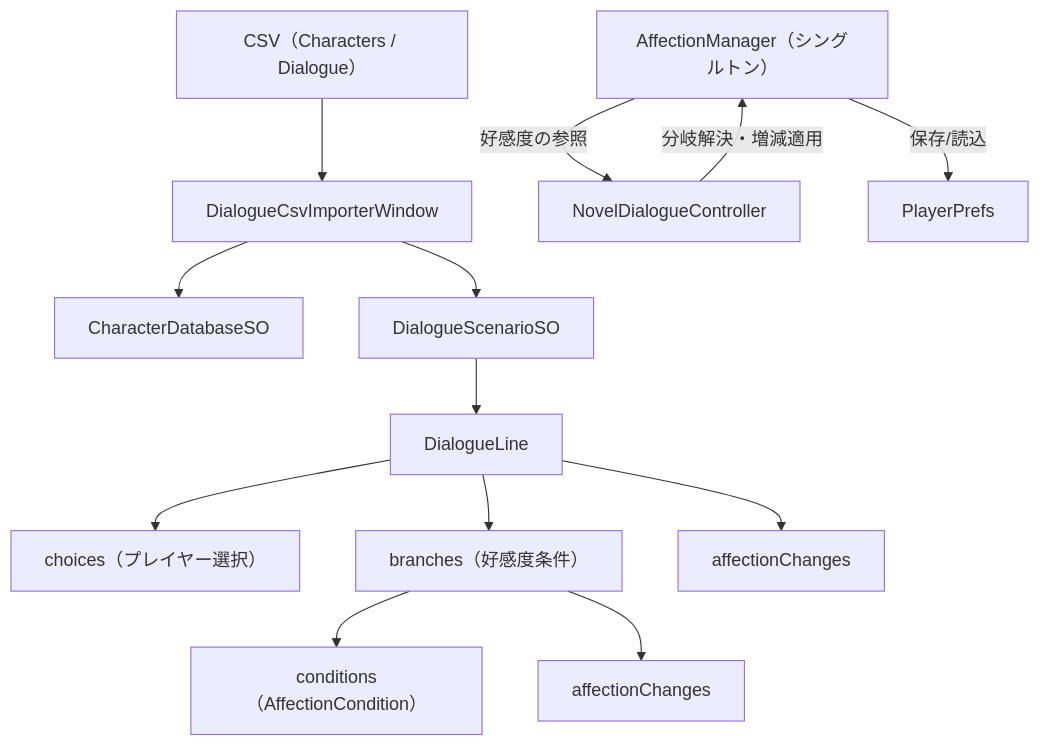
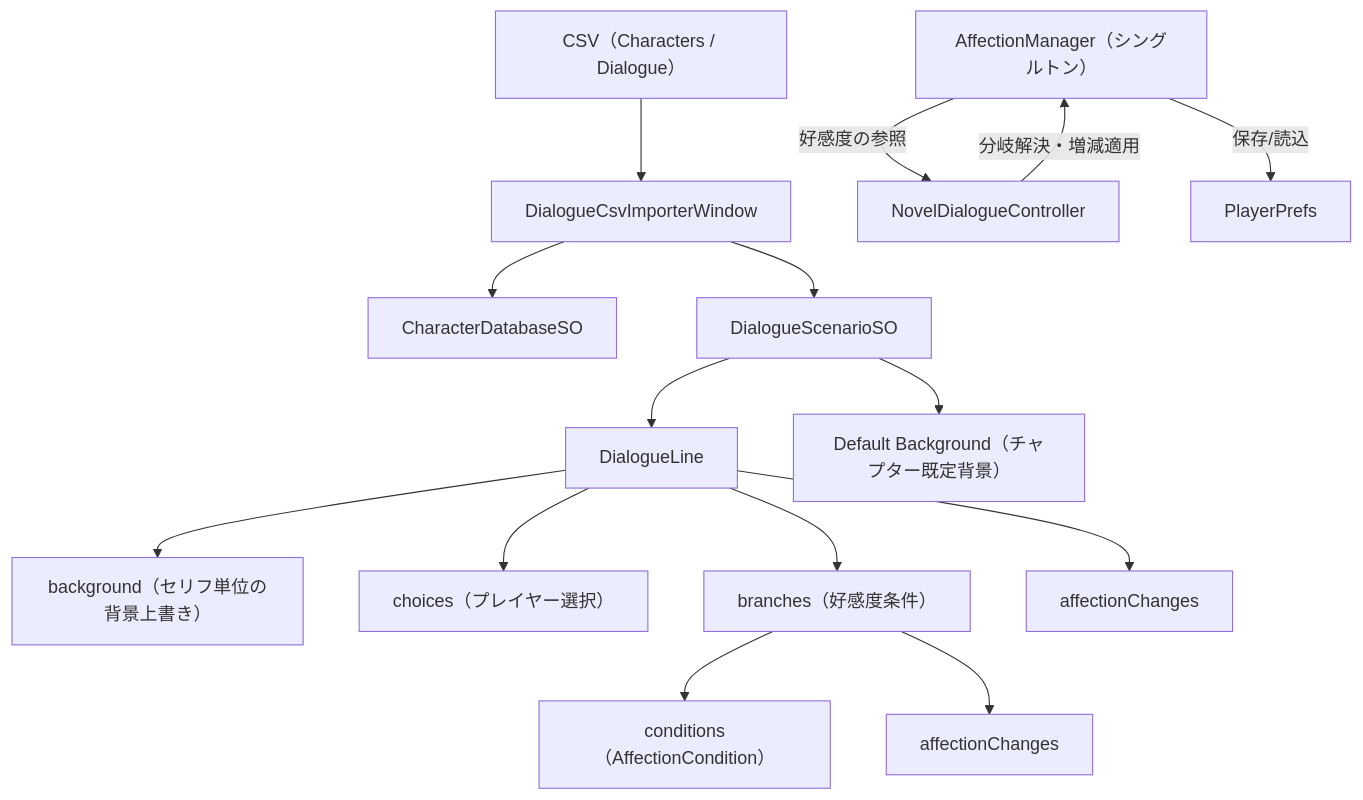
The diagram in Docs/AffectionSystem.md (takugen31/SousakuTeam8), drawn with Mermaid before and after one commit. The commit also changed other lines of this file and 3 other files, not shown here.

````diff
--- a/Docs/AffectionSystem.md
+++ b/Docs/AffectionSystem.md
@@ -36,17 +36,19 @@
 ```mermaid
 flowchart TD
     CSV["CSV（Characters / Dialogue）"] --> Importer["DialogueCsvImporterWindow"]
     Importer --> DB["CharacterDatabaseSO"]
     Importer --> Scenario["DialogueScenarioSO"]
 
     Scenario --> Line["DialogueLine"]
+    Scenario --> DefaultBackground["Default Background（チャプター既定背景）"]
+    Line --> Background["background（セリフ単位の背景上書き）"]
     Line --> Choice["choices（プレイヤー選択）"]
     Line --> Branch["branches（好感度条件）"]
     Line --> Delta1["affectionChanges"]
     Branch --> Cond["conditions（AffectionCondition）"]
     Branch --> Delta2["affectionChanges"]
 
     Manager["AffectionManager（シングルトン）"] -->|"好感度の参照"| Controller["NovelDialogueController"]
     Controller -->|"分岐解決・増減適用"| Manager
     Manager -->|"保存/読込"| PlayerPrefs["PlayerPrefs"]
 ```
````
